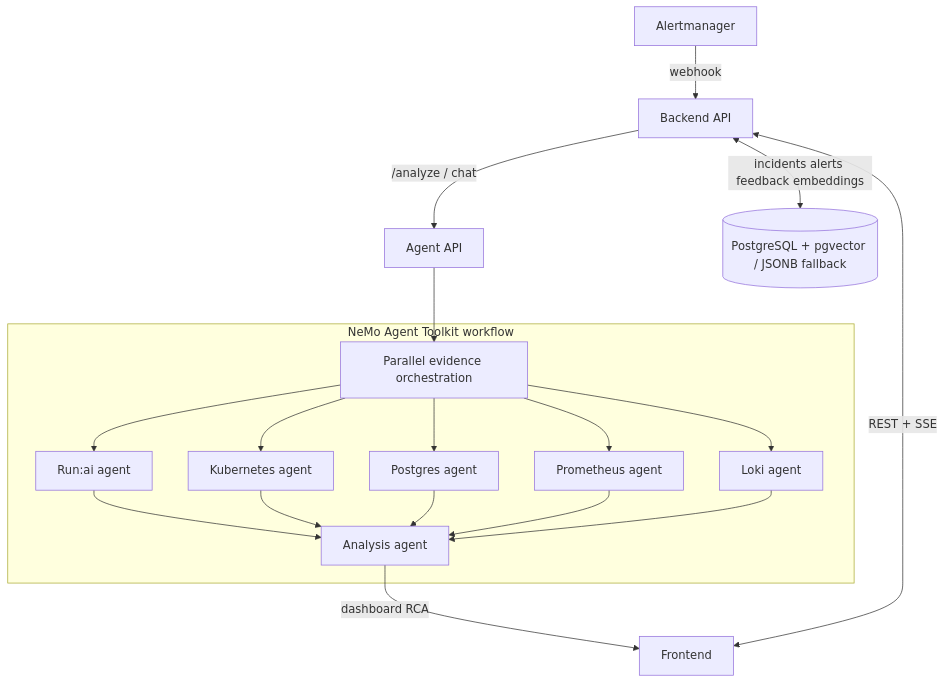
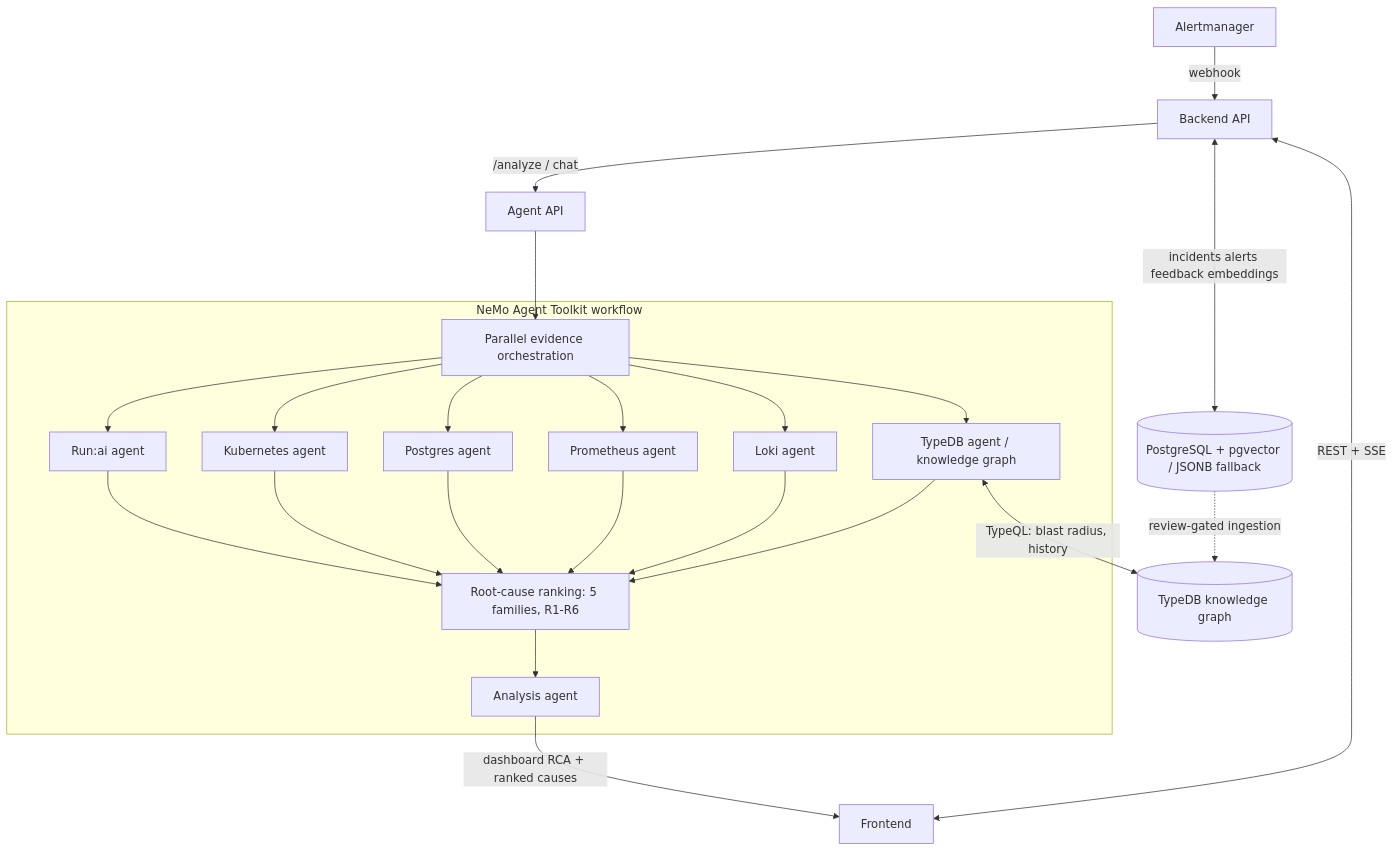
Before and after one commit to uclix-nvidia-sw/runaiRCA: the diagram in README.md, drawn with Mermaid. The commit also changed other lines of this file and 1 other file, not shown here.

Commit message:
Document the TypeDB ontology layer in the architecture docs
- README architecture diagram: add the TypeDB knowledge-graph collector, the
  root-cause ranking step, the TypeDB graph store, and the review-gated
  Postgres -> graph ingestion edge, with a short explanatory note.
- docs/ARCHITECTURE.md: add the collector + ranking to the runtime flow, a new
  "Ontology Knowledge Graph" section (schema / ingestion / collector / ranking),
  and `typedb` in the capabilities example.

Docs land on this branch ahead of the ontology code (which is already on main);
they reconcile when this branch merges.

````diff
--- a/README.md
+++ b/README.md
@@ -23,22 +23,28 @@
 ```mermaid
 flowchart TD
   AM[Alertmanager] -->|webhook| BE[Backend API]
   FE[Frontend] <-->|REST + SSE| BE
   BE -->|/analyze / chat| AG[Agent API]
   BE <-->|incidents alerts feedback embeddings| DB[(PostgreSQL + pgvector / JSONB fallback)]
 
   subgraph "NeMo Agent Toolkit workflow"
     ORCH[Parallel evidence orchestration]
     RA[Run:ai agent]
     KA[Kubernetes agent]
     DBA[Postgres agent]
     PA[Prometheus agent]
     LA[Loki agent]
+    TG["TypeDB agent / knowledge graph"]
+    RANK["Root-cause ranking: 5 families, R1-R6"]
     AA[Analysis agent]
   end
 
   AG --> ORCH
-  ORCH --> RA & KA & DBA & PA & LA
-  RA & KA & DBA & PA & LA --> AA
-  AA -->|dashboard RCA| FE
+  ORCH --> RA & KA & DBA & PA & LA & TG
+  RA & KA & DBA & PA & LA & TG --> RANK
+  RANK --> AA
+  AA -->|dashboard RCA + ranked causes| FE
+
+  TG <-->|"TypeQL: blast radius, history"| KG[("TypeDB knowledge graph")]
+  DB -.->|review-gated ingestion| KG
 ```
````
